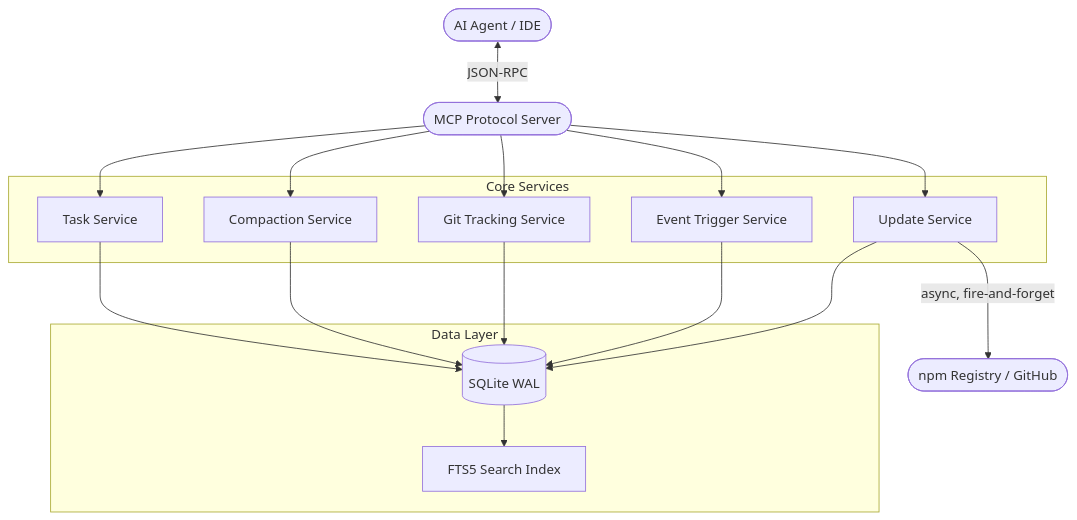
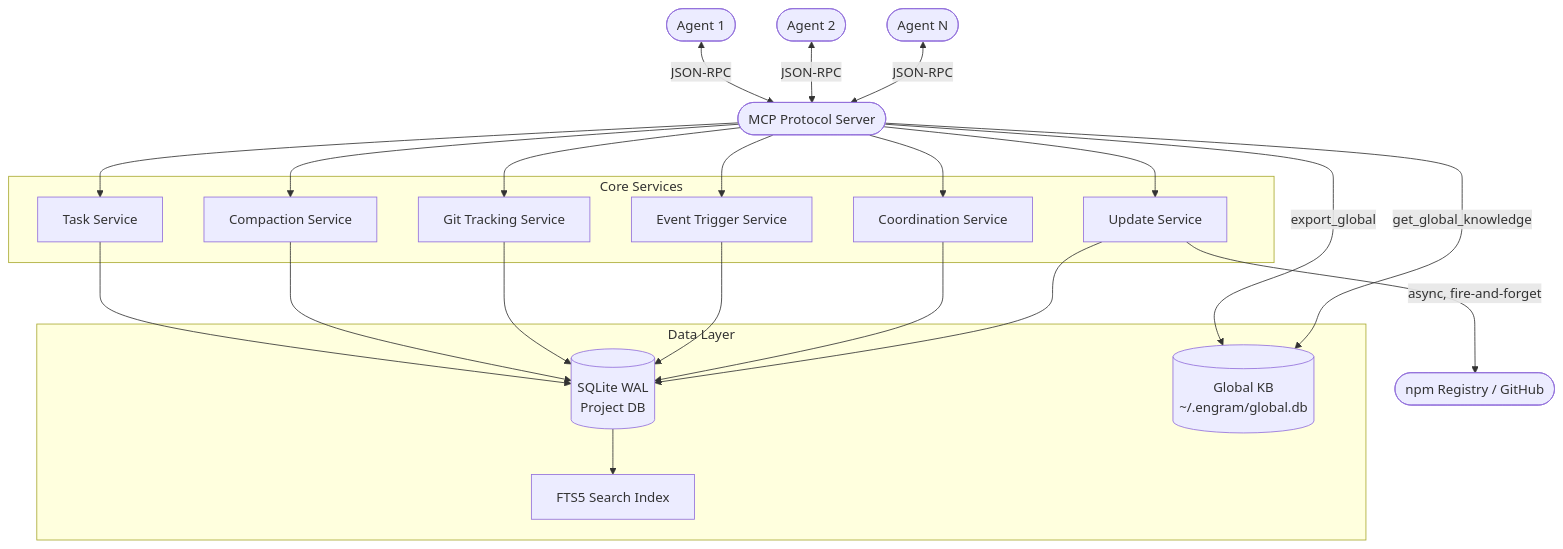
Before and after one commit to keggan-std/Engram: the diagram in README.md, drawn with Mermaid. The commit also changed other lines of this file and 3 other files, not shown here.

````diff
--- a/README.md
+++ b/README.md
@@ -269,26 +281,32 @@
 ```mermaid
 graph TB
-    AI([AI Agent / IDE])
+    A1([Agent 1])
+    A2([Agent 2])
+    A3([Agent N])
     MCP([MCP Protocol Server])
     NPM([npm Registry / GitHub])
 
     subgraph Core Services
         TS[Task Service]
         CS[Compaction Service]
         GS[Git Tracking Service]
         ES[Event Trigger Service]
         US[Update Service]
+        CO[Coordination Service]
     end
 
     subgraph Data Layer
-        DB[(SQLite WAL)]
+        DB[(SQLite WAL\nProject DB)]
         FTS[FTS5 Search Index]
+        GDB[(Global KB\n~/.engram/global.db)]
     end
 
-    AI <-->|JSON-RPC| MCP
-    MCP --> TS & CS & GS & ES & US
-    TS & CS & GS & ES --> DB
+    A1 & A2 & A3 <-->|JSON-RPC| MCP
+    MCP --> TS & CS & GS & ES & US & CO
+    TS & CS & GS & ES & CO --> DB
     US -->|async, fire-and-forget| NPM
     US --> DB
     DB --> FTS
+    MCP -->|export_global| GDB
+    MCP -->|get_global_knowledge| GDB
 ```
````
